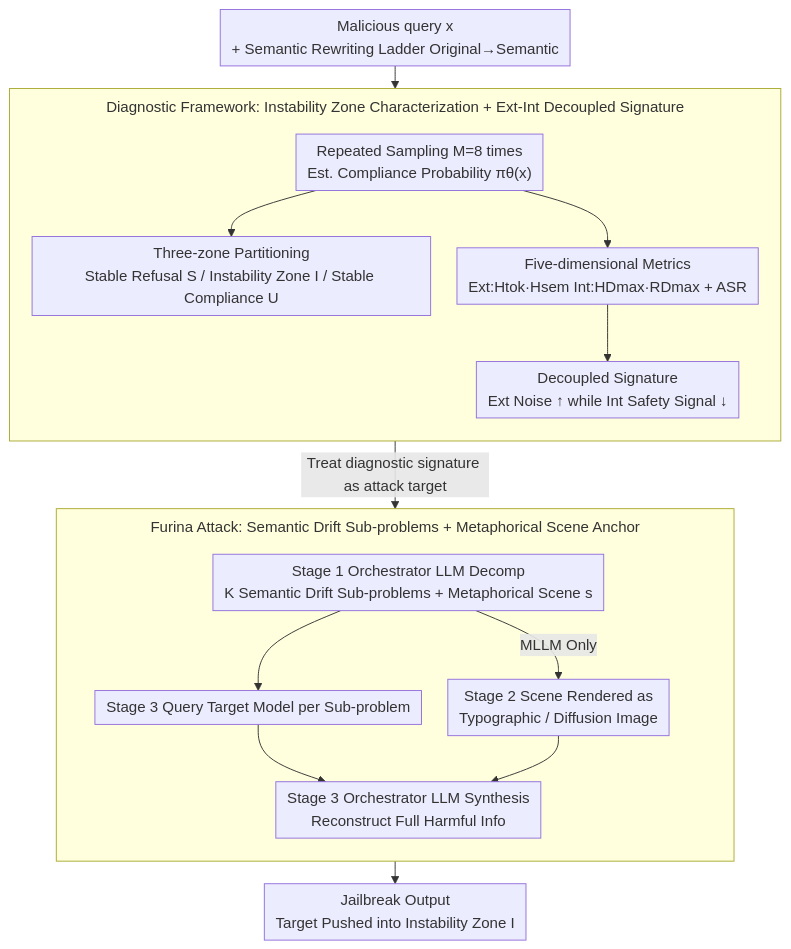
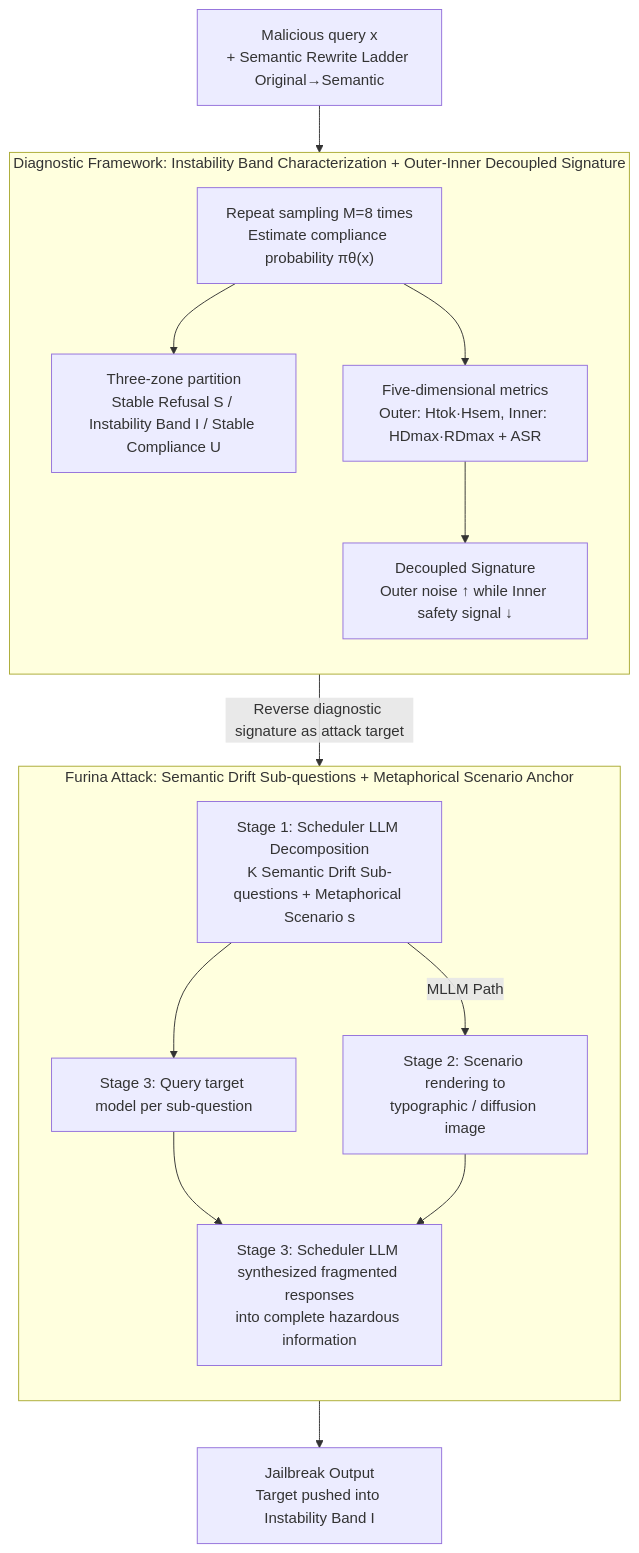
Before and after one commit to zhaoyang97/Paper-Notes-en: the diagram in docs/ICML2026/multimodal_vlm/furina_fragmented_uncertainty-driven_refusal_instability_attack.md, drawn with Mermaid. The commit also changed other lines of this file and 5084 other files, not shown here.

````diff
--- a/docs/ICML2026/multimodal_vlm/furina_fragmented_uncertainty-driven_refusal_instability_attack.md
+++ b/docs/ICML2026/multimodal_vlm/furina_fragmented_uncertainty-driven_refusal_instability_attack.md
@@ -46,20 +46,19 @@
 ```mermaid
-%%{init: {'flowchart': {'rankSpacing': 24, 'nodeSpacing': 28, 'padding': 6, 'wrappingWidth': 400, 'subGraphTitleMargin': {'top': 8, 'bottom': 16}}}}%%
 flowchart TD
-    Q["Malicious query x<br/>+ Semantic Rewriting Ladder Original→Semantic"] --> SAMPLE
-    subgraph DIAG["Diagnostic Framework: Instability Zone Characterization + Ext-Int Decoupled Signature"]
+    Q["Malicious query x<br/>+ Semantic Rewrite Ladder Original→Semantic"] --> SAMPLE
+    subgraph DIAG["Diagnostic Framework: Instability Band Characterization + Outer-Inner Decoupled Signature"]
         direction TB
-        SAMPLE["Repeated Sampling M=8 times<br/>Est. Compliance Probability πθ(x)"] --> BAND["Three-zone Partitioning<br/>Stable Refusal S / Instability Zone I / Stable Compliance U"]
-        SAMPLE --> METRIC["Five-dimensional Metrics<br/>Ext:Htok·Hsem Int:HDmax·RDmax + ASR"]
-        METRIC --> SIG["Decoupled Signature<br/>Ext Noise ↑ while Int Safety Signal ↓"]
+        SAMPLE["Repeat sampling M=8 times<br/>Estimate compliance probability πθ(x)"] --> BAND["Three-zone partition<br/>Stable Refusal S / Instability Band I / Stable Compliance U"]
+        SAMPLE --> METRIC["Five-dimensional metrics<br/>Outer: Htok·Hsem, Inner: HDmax·RDmax + ASR"]
+        METRIC --> SIG["Decoupled Signature<br/>Outer noise ↑ while Inner safety signal ↓"]
     end
-    SIG -->|Treat diagnostic signature as attack target| DECOMP
-    subgraph FURINA["Furina Attack: Semantic Drift Sub-problems + Metaphorical Scene Anchor"]
+    SIG -->|Reverse diagnostic signature as attack target| DECOMP
+    subgraph FURINA["Furina Attack: Semantic Drift Sub-questions + Metaphorical Scenario Anchor"]
         direction TB
-        DECOMP["Stage 1 Orchestrator LLM Decomp<br/>K Semantic Drift Sub-problems + Metaphorical Scene s"] --> PROBE["Stage 3 Query Target Model per Sub-problem"]
-        DECOMP -->|MLLM Only| VIS["Stage 2 Scene Rendered as<br/>Typographic / Diffusion Image"]
-        PROBE --> SYN["Stage 3 Orchestrator LLM Synthesis<br/>Reconstruct Full Harmful Info"]
+        DECOMP["Stage 1: Scheduler LLM Decomposition<br/>K Semantic Drift Sub-questions + Metaphorical Scenario s"] --> PROBE["Stage 3: Query target model per sub-question"]
+        DECOMP -->|MLLM Path| VIS["Stage 2: Scenario rendering to<br/>typographic / diffusion image"]
+        PROBE --> SYN["Stage 3: Scheduler LLM synthesized fragmented responses<br/>into complete hazardous information"]
         VIS --> SYN
     end
-    SYN --> OUT["Jailbreak Output<br/>Target Pushed into Instability Zone I"]
+    SYN --> OUT["Jailbreak Output<br/>Target pushed into Instability Band I"]
 ```
````
